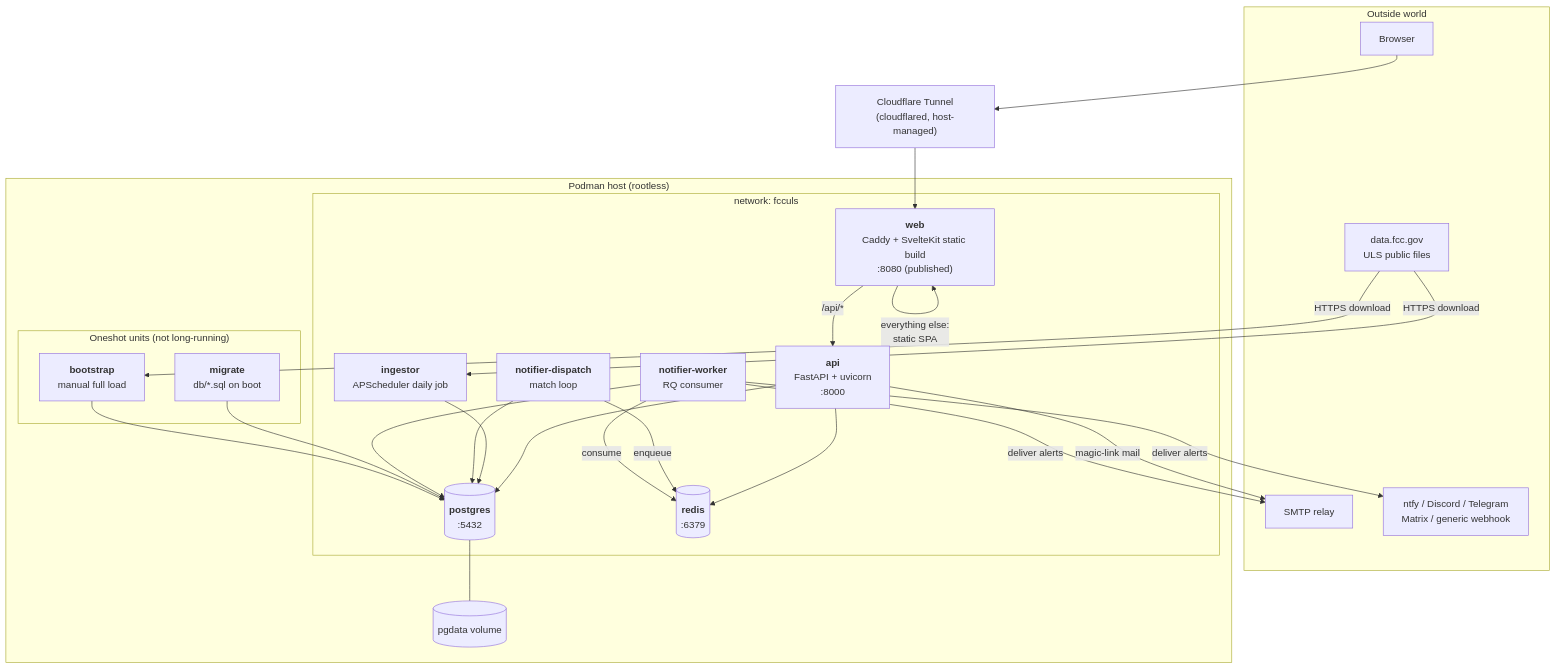
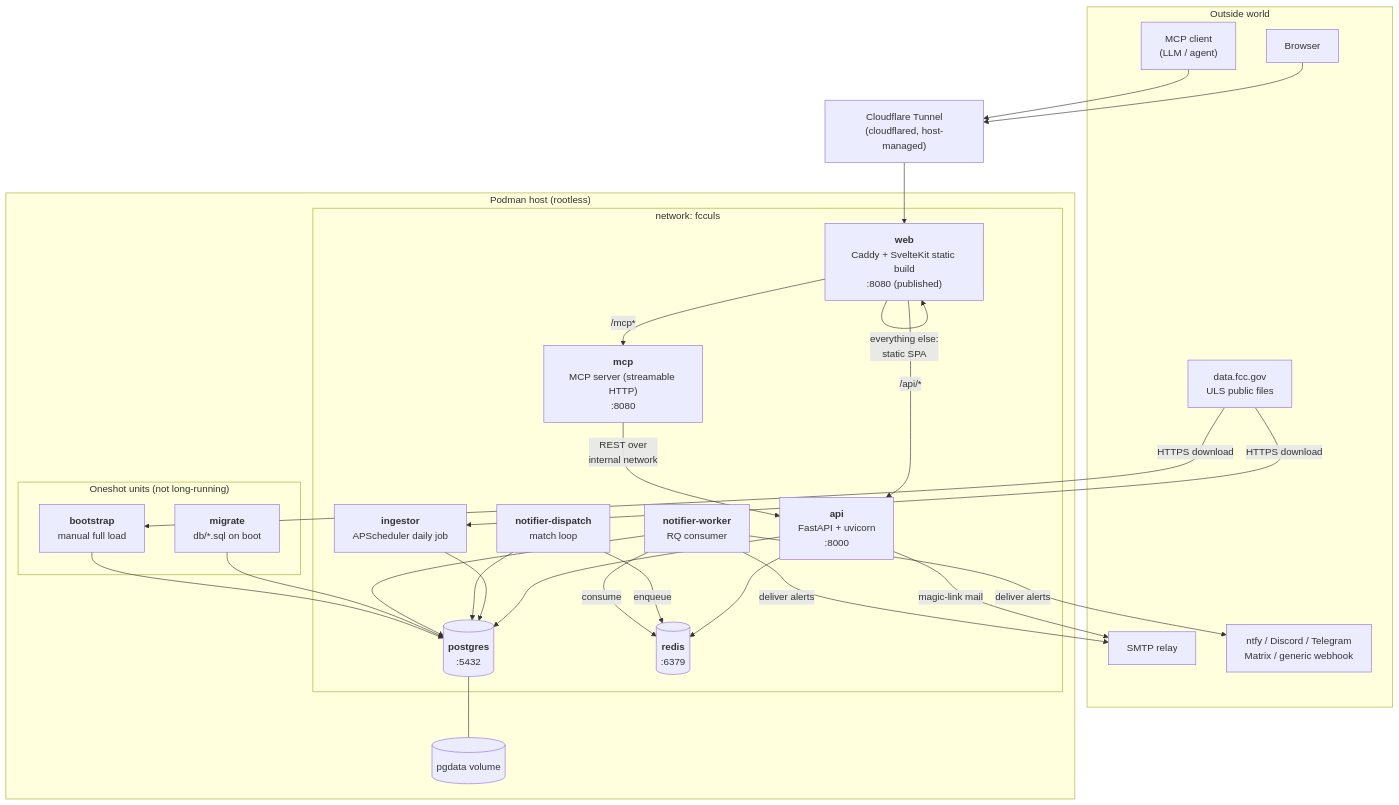
Before and after one commit to n00tz/fcculs-explorer: the first of 16 diagrams in docs/architecture.md, drawn with Mermaid. The commit also changed other lines of this file and 4 other files, not shown here.

````diff
--- a/docs/architecture.md
+++ b/docs/architecture.md
@@ -36,52 +37,57 @@
 ```mermaid
 flowchart TB
     subgraph outside["Outside world"]
         user["Browser"]
+        agent["MCP client<br/>(LLM / agent)"]
         fcc["data.fcc.gov<br/>ULS public files"]
         smtp["SMTP relay"]
         hooks["ntfy / Discord / Telegram<br/>Matrix / generic webhook"]
     end
 
     cf["Cloudflare Tunnel<br/>(cloudflared, host-managed)"]
 
     subgraph host["Podman host (rootless)"]
         subgraph net["network: fcculs"]
             web["<b>web</b><br/>Caddy + SvelteKit static build<br/>:8080 (published)"]
             api["<b>api</b><br/>FastAPI + uvicorn<br/>:8000"]
+            mcp["<b>mcp</b><br/>MCP server (streamable HTTP)<br/>:8080"]
             ingestor["<b>ingestor</b><br/>APScheduler daily job"]
             dispatch["<b>notifier-dispatch</b><br/>match loop"]
             worker["<b>notifier-worker</b><br/>RQ consumer"]
             pg[("<b>postgres</b><br/>:5432")]
             redis[("<b>redis</b><br/>:6379")]
         end
 
         subgraph oneshot["Oneshot units (not long-running)"]
             migrate["<b>migrate</b><br/>db/*.sql on boot"]
             bootstrap["<b>bootstrap</b><br/>manual full load"]
         end
 
         pgvol[("pgdata volume")]
     end
 
     user --> cf --> web
+    agent --> cf
     web -->|"/api/*"| api
+    web -->|"/mcp*"| mcp
+    mcp -->|"REST over<br/>internal network"| api
     web -->|"everything else:<br/>static SPA"| web
 
     api --> pg
     api --> redis
     ingestor --> pg
     dispatch --> pg
     dispatch -->|"enqueue"| redis
     worker -->|"consume"| redis
     worker --> pg
 
     fcc -->|"HTTPS download"| ingestor
     fcc -->|"HTTPS download"| bootstrap
     api -->|"magic-link mail"| smtp
     worker -->|"deliver alerts"| smtp
     worker -->|"deliver alerts"| hooks
 
     migrate --> pg
     bootstrap --> pg
     pg --- pgvol
 ```
````
